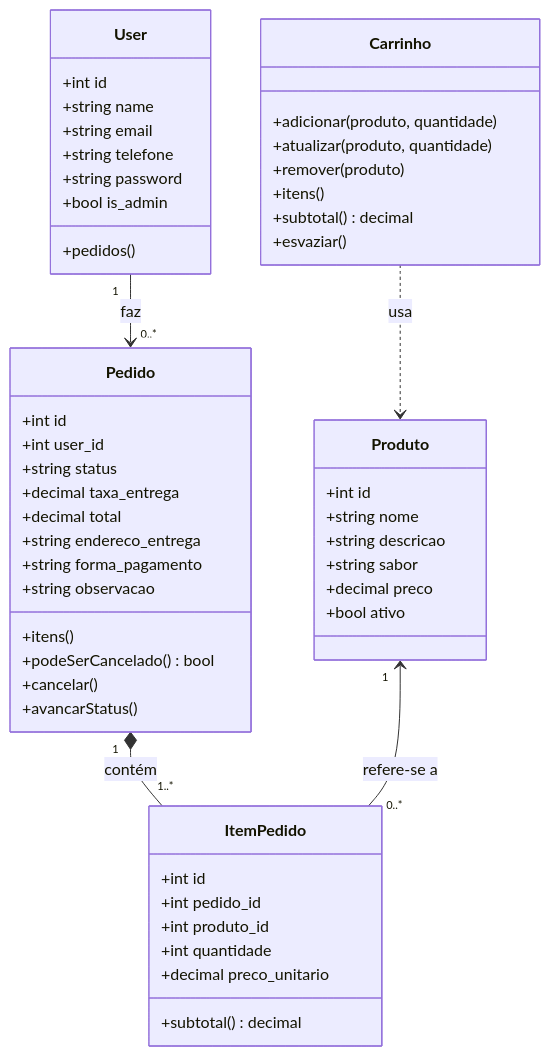
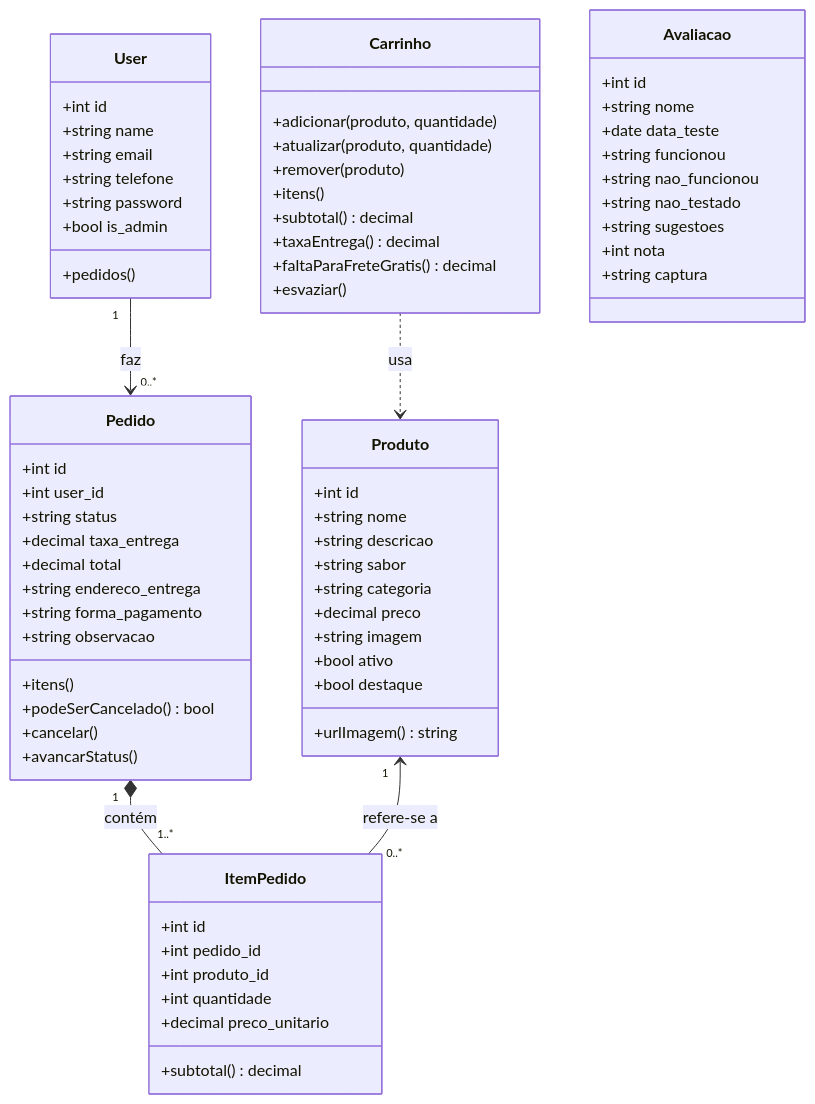
The second of 5 diagrams in docs/situacao-1-planejamento/02-modelagem-uml.md (kayocmadev/cupcake-gourmet), drawn with Mermaid before and after one commit. The commit also changed other lines of this file and 3 other files, not shown here.

Commit message:
docs: requisitos, UML, modelo de dados e interface atualizados (categorias, frete grátis, avaliações)

````diff
--- a/docs/situacao-1-planejamento/02-modelagem-uml.md
+++ b/docs/situacao-1-planejamento/02-modelagem-uml.md
@@ -44,55 +49,72 @@
 ```mermaid
 classDiagram
     class User {
         +int id
         +string name
         +string email
         +string telefone
         +string password
         +bool is_admin
         +pedidos()
     }
     class Produto {
         +int id
         +string nome
         +string descricao
         +string sabor
+        +string categoria
         +decimal preco
+        +string imagem
         +bool ativo
+        +bool destaque
+        +urlImagem() string
     }
     class Pedido {
         +int id
         +int user_id
         +string status
         +decimal taxa_entrega
         +decimal total
         +string endereco_entrega
         +string forma_pagamento
         +string observacao
         +itens()
         +podeSerCancelado() bool
         +cancelar()
         +avancarStatus()
     }
     class ItemPedido {
         +int id
         +int pedido_id
         +int produto_id
         +int quantidade
         +decimal preco_unitario
         +subtotal() decimal
     }
     class Carrinho {
         +adicionar(produto, quantidade)
         +atualizar(produto, quantidade)
         +remover(produto)
         +itens()
         +subtotal() decimal
+        +taxaEntrega() decimal
+        +faltaParaFreteGratis() decimal
         +esvaziar()
+    }
+    class Avaliacao {
+        +int id
+        +string nome
+        +date data_teste
+        +string funcionou
+        +string nao_funcionou
+        +string nao_testado
+        +string sugestoes
+        +int nota
+        +string captura
     }
 
     User "1" --> "0..*" Pedido : faz
     Pedido "1" *-- "1..*" ItemPedido : contém
     Produto "1" <-- "0..*" ItemPedido : refere-se a
     Carrinho ..> Produto : usa
 ```
````
